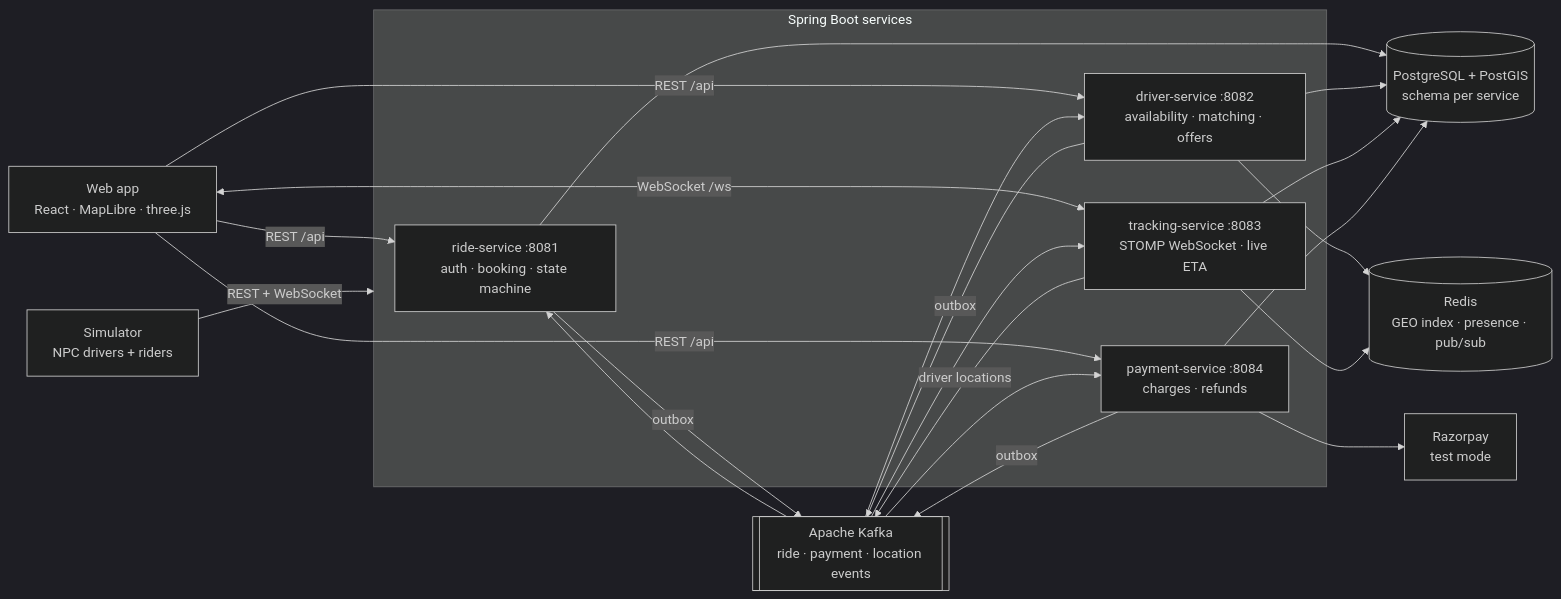
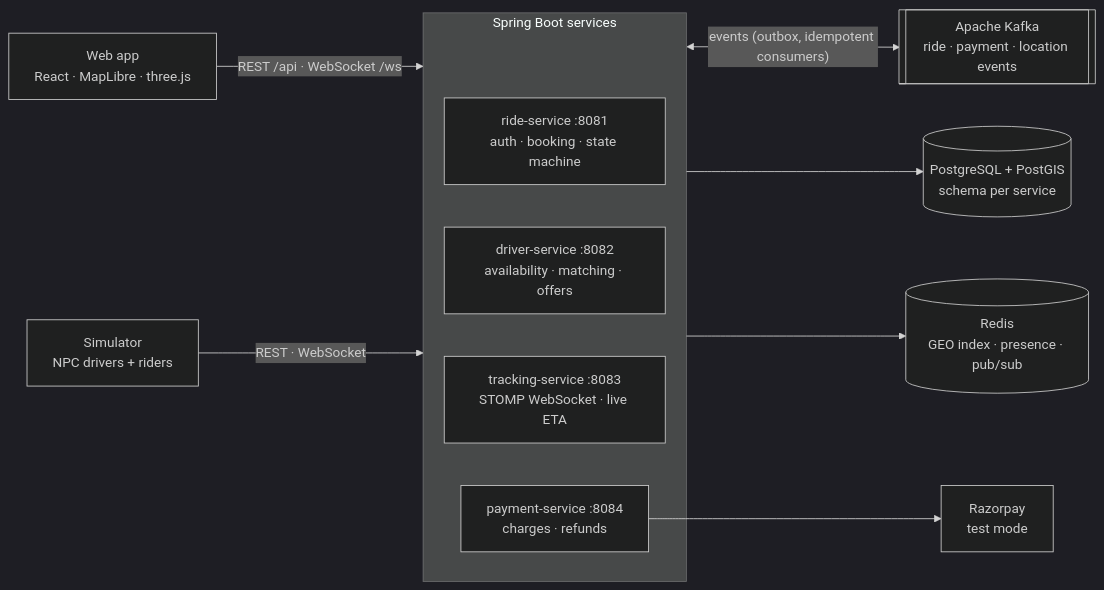
Before and after one commit to Boovesh985/rydex: the diagram in README.md, drawn with Mermaid (dark theme).

Commit message:
docs: a simpler architecture diagram

````diff
--- a/README.md
+++ b/README.md
@@ -69,29 +69,24 @@
 ```mermaid
 flowchart LR
     web["Web app<br/>React · MapLibre · three.js"]
     sim["Simulator<br/>NPC drivers + riders"]
 
     subgraph services["Spring Boot services"]
         ride["ride-service :8081<br/>auth · booking · state machine"]
         driver["driver-service :8082<br/>availability · matching · offers"]
         tracking["tracking-service :8083<br/>STOMP WebSocket · live ETA"]
         payment["payment-service :8084<br/>charges · refunds"]
     end
 
     kafka[["Apache Kafka<br/>ride · payment · location events"]]
     pg[("PostgreSQL + PostGIS<br/>schema per service")]
     redis[("Redis<br/>GEO index · presence · pub/sub")]
     rzp["Razorpay<br/>test mode"]
 
-    web -- "REST /api" --> ride & driver & payment
-    web <-- "WebSocket /ws" --> tracking
-    sim -- "REST + WebSocket" --> services
-
-    ride & driver & payment -- "outbox" --> kafka
-    tracking -- "driver locations" --> kafka
-    kafka --> ride & driver & tracking & payment
-
-    ride & driver & tracking & payment --> pg
-    driver & tracking --> redis
+    web -- "REST /api · WebSocket /ws" --> services
+    sim -- "REST · WebSocket" --> services
+    services <-- "events (outbox, idempotent consumers)" --> kafka
+    services --> pg
+    services --> redis
     payment --> rzp
 ```
````
